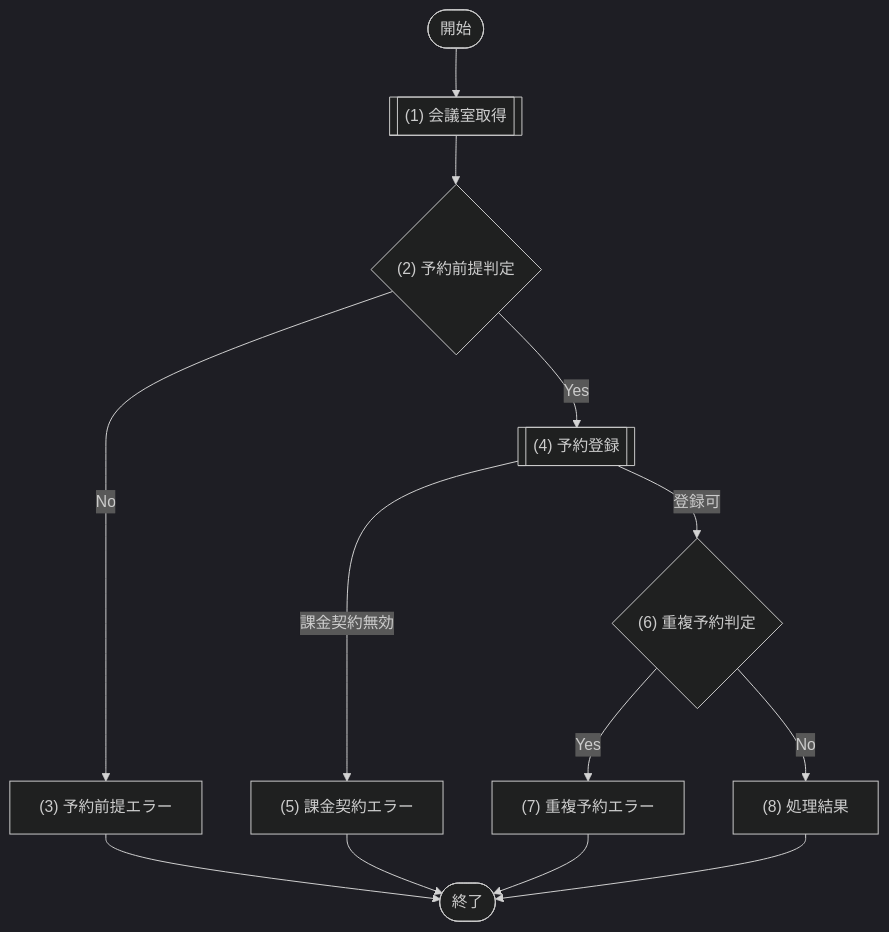
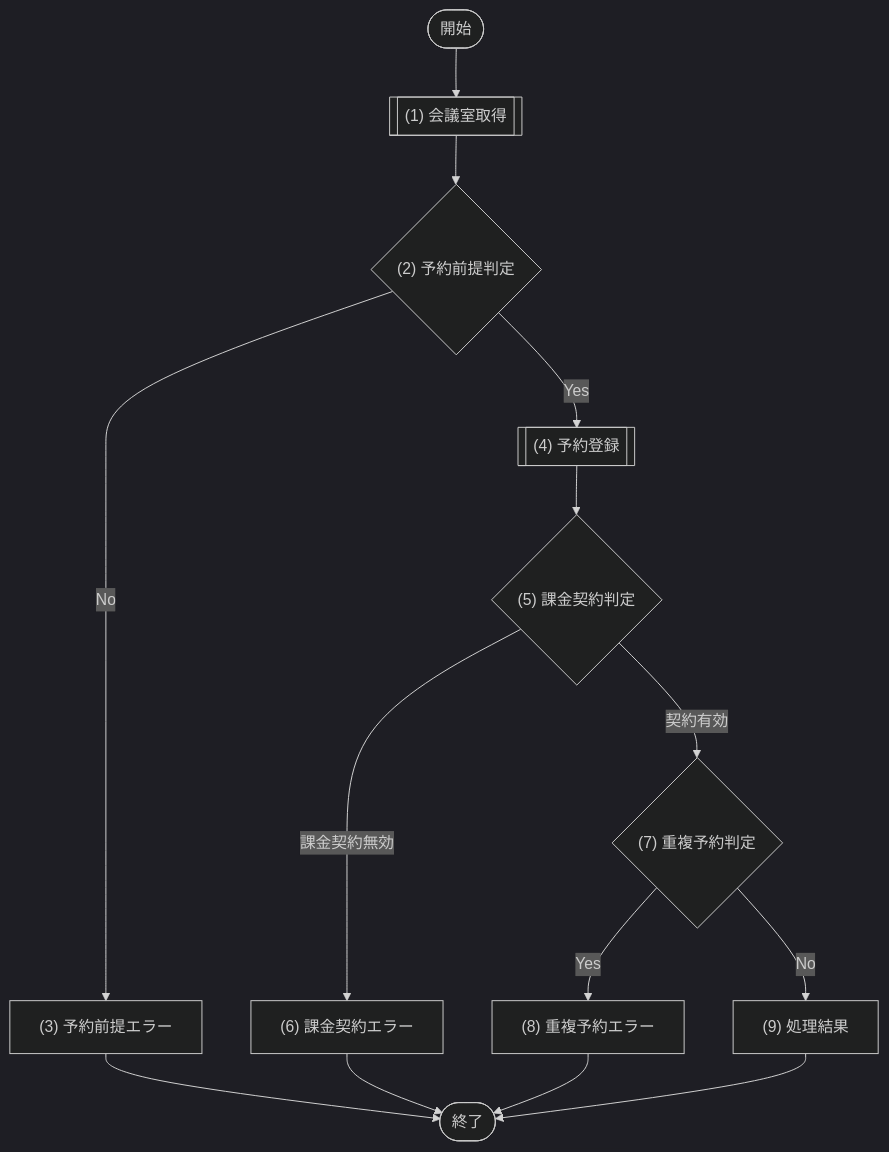
The diagram in docs/03_機能設計/03_API設計/API-003_予約登録.md (sikakou54/system-document-template), drawn with Mermaid (dark theme) before and after one commit. The commit also changed other lines of this file and 15 other files, not shown here.

````diff
--- a/docs/03_機能設計/03_API設計/API-003_予約登録.md
+++ b/docs/03_機能設計/03_API設計/API-003_予約登録.md
@@ -43,21 +43,22 @@
 ```mermaid
 flowchart TD
   Start([開始])
   P1[["(1) 会議室取得"]]
   D1{"(2) 予約前提判定"}
   E1["(3) 予約前提エラー"]
   P2[["(4) 予約登録"]]
-  E3["(5) 課金契約エラー"]
-  D2{"(6) 重複予約判定"}
-  E2["(7) 重複予約エラー"]
-  P3["(8) 処理結果"]
+  D2{"(5) 課金契約判定"}
+  E3["(6) 課金契約エラー"]
+  D3{"(7) 重複予約判定"}
+  E2["(8) 重複予約エラー"]
+  P3["(9) 処理結果"]
   End([終了])
 
   Start --> P1 --> D1
   D1 -- "No" --> E1 --> End
-  D1 -- "Yes" --> P2
-  P2 -- "課金契約無効" --> E3 --> End
-  P2 -- "登録可" --> D2
-  D2 -- "Yes" --> E2 --> End
-  D2 -- "No" --> P3 --> End
+  D1 -- "Yes" --> P2 --> D2
+  D2 -- "課金契約無効" --> E3 --> End
+  D2 -- "契約有効" --> D3
+  D3 -- "Yes" --> E2 --> End
+  D3 -- "No" --> P3 --> End
 ```
````
